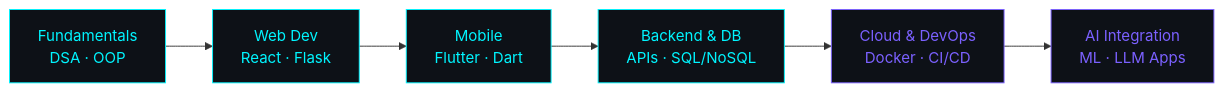
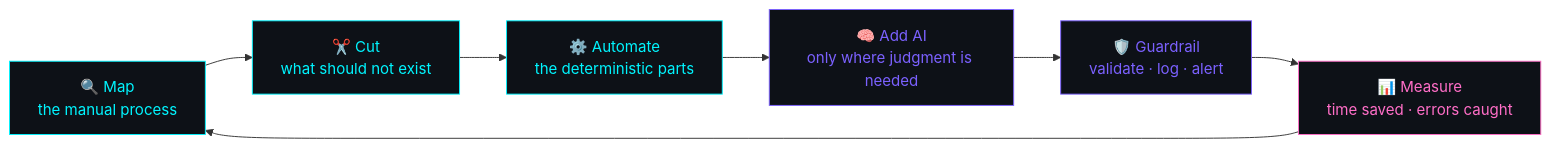
Before and after one commit to acesono/acesono: the diagram in README.md, drawn with Mermaid. The commit also changed other lines of this file, not shown here.

````diff
--- a/README.md
+++ b/README.md
@@ -148,15 +126,16 @@
 ```mermaid
 graph LR
-    A[Fundamentals<br/>DSA · OOP] --> B[Web Dev<br/>React · Flask]
-    B --> C[Mobile<br/>Flutter · Dart]
-    C --> D[Backend & DB<br/>APIs · SQL/NoSQL]
-    D --> E[Cloud & DevOps<br/>Docker · CI/CD]
-    E --> F[AI Integration<br/>ML · LLM Apps]
+    A[🔍 Map<br/>the manual process] --> B[✂️ Cut<br/>what should not exist]
+    B --> C[⚙️ Automate<br/>the deterministic parts]
+    C --> D[🧠 Add AI<br/>only where judgment is needed]
+    D --> E[🛡️ Guardrail<br/>validate · log · alert]
+    E --> F[📊 Measure<br/>time saved · errors caught]
+    F --> A
 
     style A fill:#0d1117,stroke:#00F5FF,color:#00F5FF
     style B fill:#0d1117,stroke:#00F5FF,color:#00F5FF
     style C fill:#0d1117,stroke:#00F5FF,color:#00F5FF
-    style D fill:#0d1117,stroke:#00F5FF,color:#00F5FF
+    style D fill:#0d1117,stroke:#7B61FF,color:#7B61FF
     style E fill:#0d1117,stroke:#7B61FF,color:#7B61FF
-    style F fill:#0d1117,stroke:#7B61FF,color:#7B61FF
+    style F fill:#0d1117,stroke:#FF6EC7,color:#FF6EC7
 ```
````
